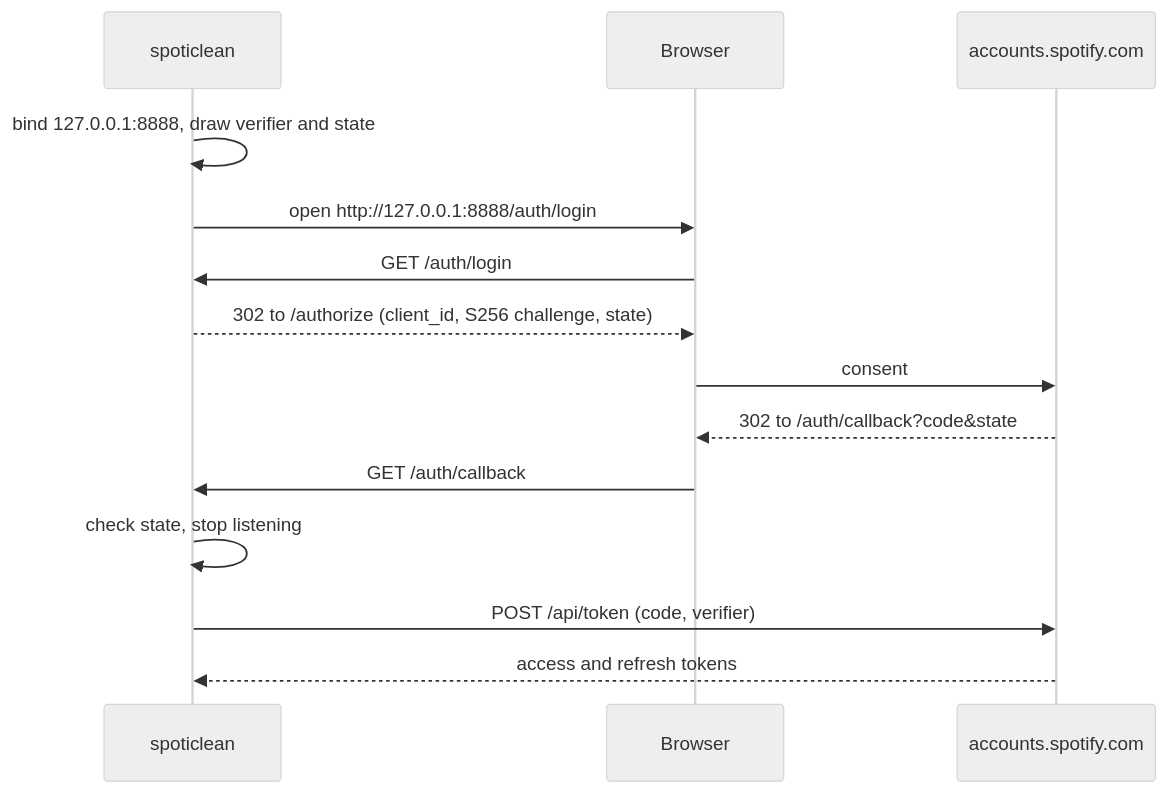
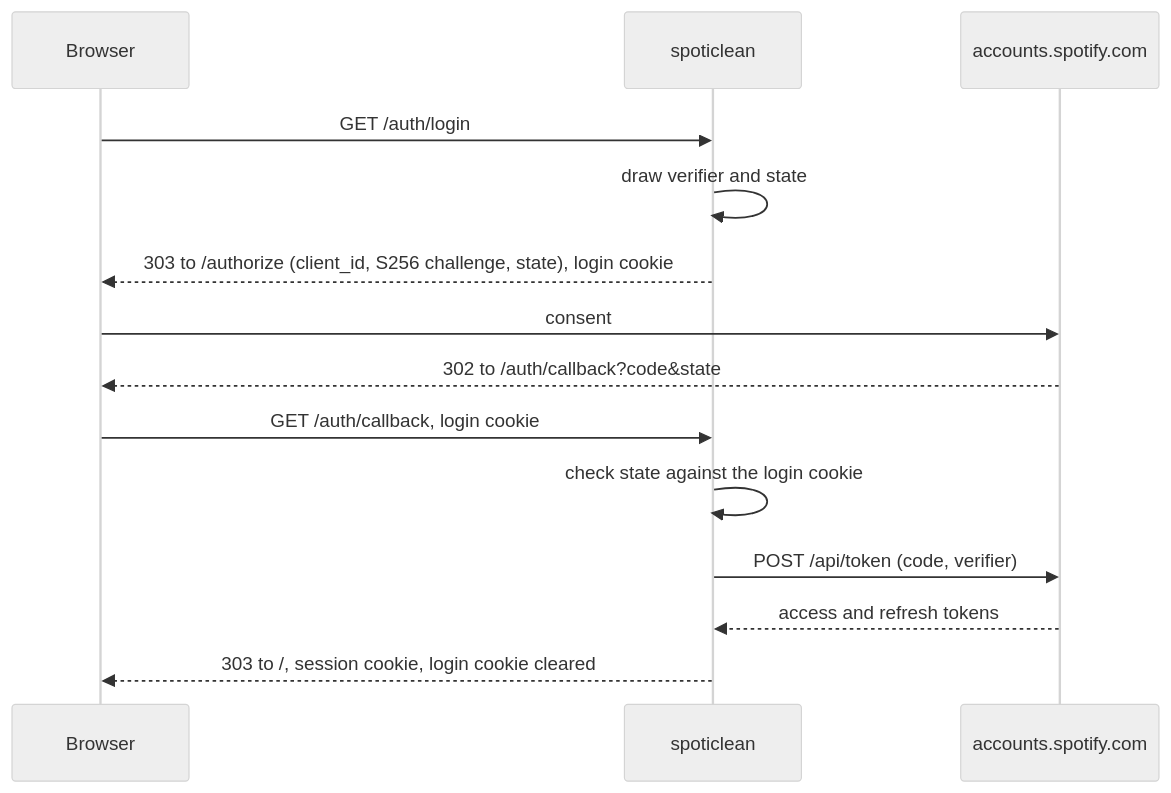
Before and after one commit to leroyguillaume/spoticlean: the second of 2 diagrams in ARCHITECTURE.md, drawn with Mermaid (neutral theme). The commit also changed other lines of this file and 33 other files, not shown here.

````diff
--- a/ARCHITECTURE.md
+++ b/ARCHITECTURE.md
@@ -46,16 +66,16 @@
 ```mermaid
 sequenceDiagram
-    participant cli as spoticlean
     participant browser as Browser
+    participant api as spoticlean
     participant accounts as accounts.spotify.com
-    cli->>cli: bind 127.0.0.1:8888, draw verifier and state
-    cli->>browser: open http://127.0.0.1:8888/auth/login
-    browser->>cli: GET /auth/login
-    cli-->>browser: 302 to /authorize (client_id, S256 challenge, state)
+    browser->>api: GET /auth/login
+    api->>api: draw verifier and state
+    api-->>browser: 303 to /authorize (client_id, S256 challenge, state), login cookie
     browser->>accounts: consent
     accounts-->>browser: 302 to /auth/callback?code&state
-    browser->>cli: GET /auth/callback
-    cli->>cli: check state, stop listening
-    cli->>accounts: POST /api/token (code, verifier)
-    accounts-->>cli: access and refresh tokens
+    browser->>api: GET /auth/callback, login cookie
+    api->>api: check state against the login cookie
+    api->>accounts: POST /api/token (code, verifier)
+    accounts-->>api: access and refresh tokens
+    api-->>browser: 303 to /, session cookie, login cookie cleared
 ```
````
